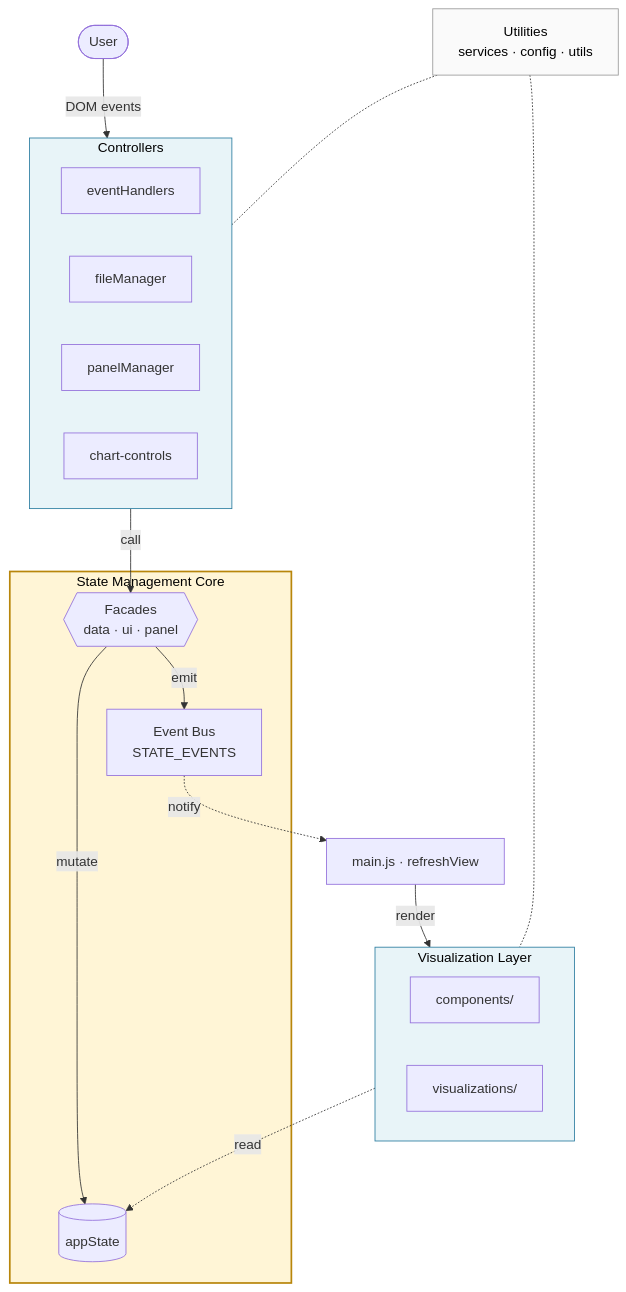
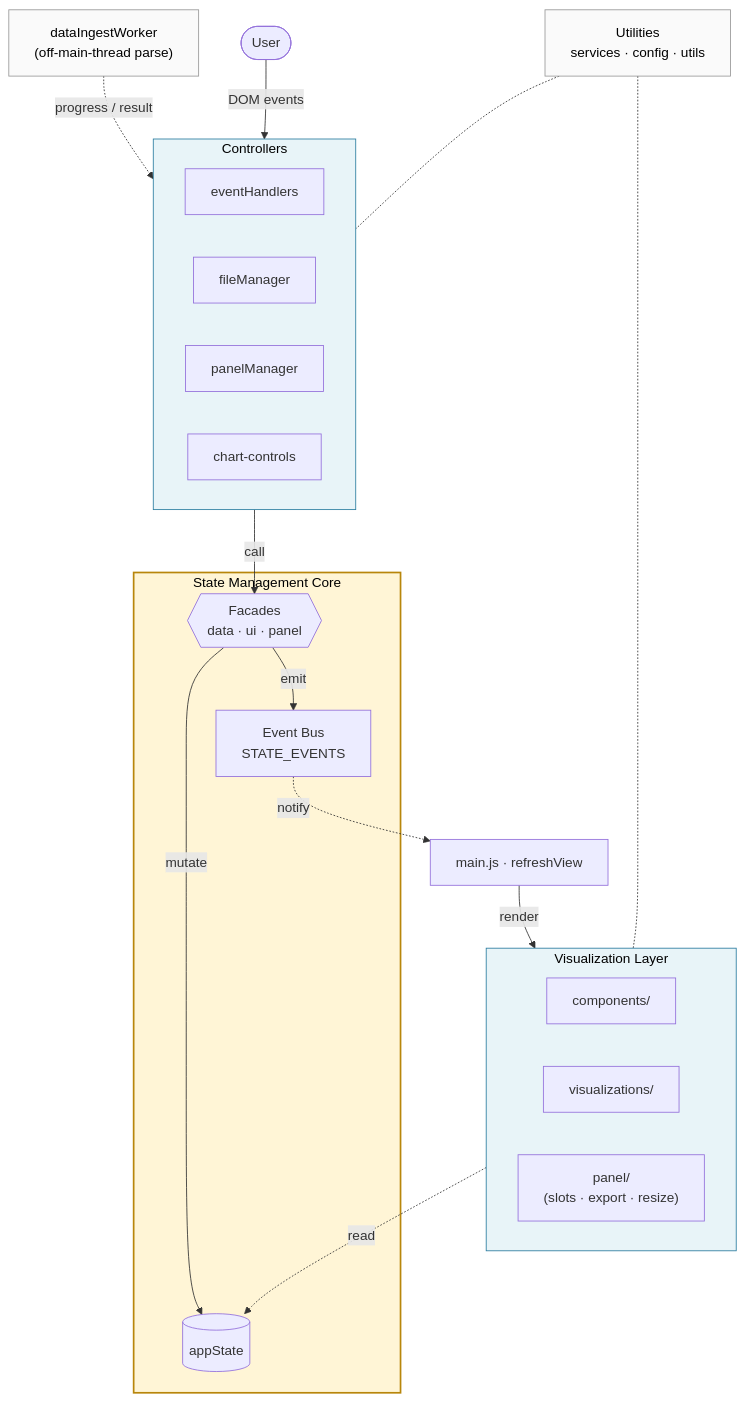
The diagram in ARCHITECTURE.md (GabrielInada/CHIVE), drawn with Mermaid before and after one commit. The commit also changed other lines of this file, not shown here.

````diff
--- a/ARCHITECTURE.md
+++ b/ARCHITECTURE.md
@@ -38,38 +38,41 @@
 ```mermaid
 flowchart TB
     U(["User"])
     subgraph CTRL["Controllers"]
         direction LR
         EH["eventHandlers"]
         FM["fileManager"]
         PM["panelManager"]
         CC["chart-controls"]
     end
     subgraph CORE["State Management Core"]
         FAC{{"Facades<br/>data · ui · panel"}}
         AS[("appState")]
         EB["Event Bus<br/>STATE_EVENTS"]
         FAC -- mutate --> AS
         FAC -- emit --> EB
     end
     MAIN["main.js · refreshView"]
     subgraph PRES["Visualization Layer"]
         direction LR
         COMP["components/"]
         VIZ["visualizations/"]
+        PANEL["panel/<br/>(slots · export · resize)"]
     end
+    WORKER["dataIngestWorker<br/>(off-main-thread parse)"]
     UTIL["Utilities<br/>services · config · utils"]
     U -- DOM events --> CTRL
     CTRL -- call --> FAC
     EB -. notify .-> MAIN
     MAIN -- render --> PRES
     PRES -. read .-> AS
+    WORKER -. progress / result .-> FM
     UTIL -.- CTRL
     UTIL -.- PRES
     classDef core fill:#fff5d6,stroke:#b8860b,stroke-width:2px,color:#000
     classDef layer fill:#e8f4f8,stroke:#2c7da0,color:#000
     classDef plain fill:#fafafa,stroke:#999,color:#000
     class CORE core
     class CTRL,PRES layer
-    class UTIL plain
+    class UTIL,WORKER plain
 ```
````
